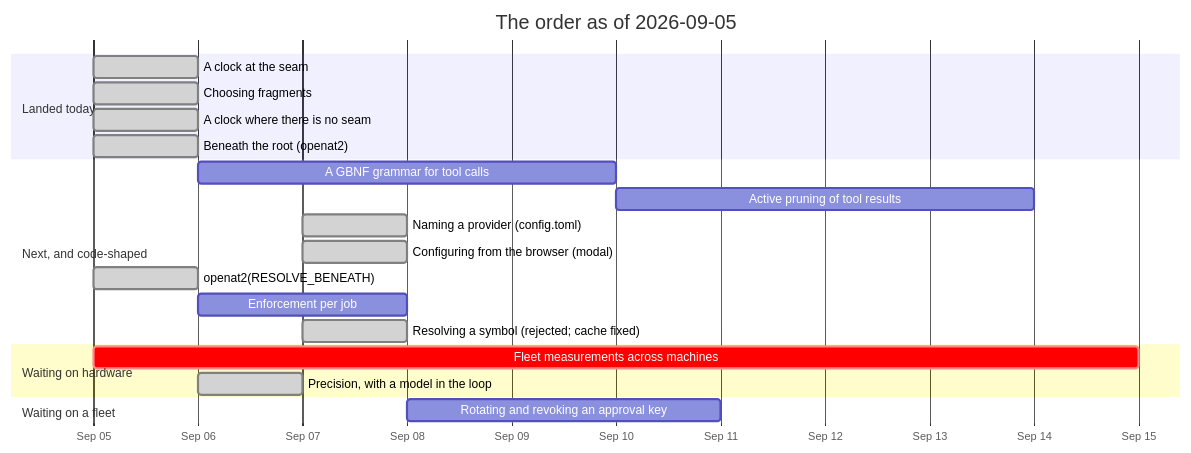
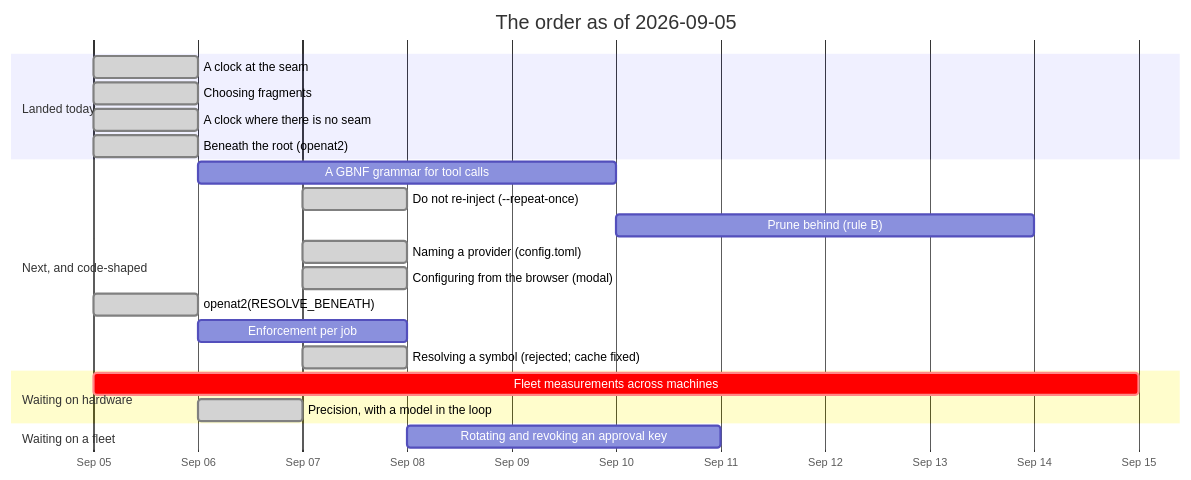
Before and after one commit to jgermade/luu: the diagram in ROADMAP/2026-09-05/README.md, drawn with Mermaid. The commit also changed other lines of this file and 10 other files, not shown here.

````diff
--- a/ROADMAP/2026-09-05/README.md
+++ b/ROADMAP/2026-09-05/README.md
@@ -44,24 +44,25 @@
 ```mermaid
 gantt
     title The order as of 2026-09-05
     dateFormat YYYY-MM-DD
     axisFormat %b %d
     section Landed today
     A clock at the seam                    :done, clock, 2026-09-05, 1d
     Choosing fragments                     :done, frag, 2026-09-05, 1d
     A clock where there is no seam         :done, hostclock, 2026-09-05, 1d
     Beneath the root (openat2)             :done, toctou2, 2026-09-05, 1d
     section Next, and code-shaped
     A GBNF grammar for tool calls          :gbnf, 2026-09-06, 4d
-    Active pruning of tool results         :prune, after gbnf, 4d
+    Do not re-inject (--repeat-once)       :done, reinject, 2026-09-07, 1d
+    Prune behind (rule B)                  :prune, after gbnf, 4d
     Naming a provider (config.toml)        :done, prov, 2026-09-07, 1d
     Configuring from the browser (modal)   :done, modal, 2026-09-07, 1d
     openat2(RESOLVE_BENEATH)               :done, toctou, 2026-09-05, 1d
     Enforcement per job                    :enf, 2026-09-06, 2d
     Resolving a symbol (rejected; cache fixed) :done, sym, 2026-09-07, 1d
     section Waiting on hardware
     Fleet measurements across machines     :crit, bench, 2026-09-05, 10d
     Precision, with a model in the loop    :done, prec, 2026-09-06, 1d
     section Waiting on a fleet
     Rotating and revoking an approval key  :keys, after enf, 3d
 ```
````
